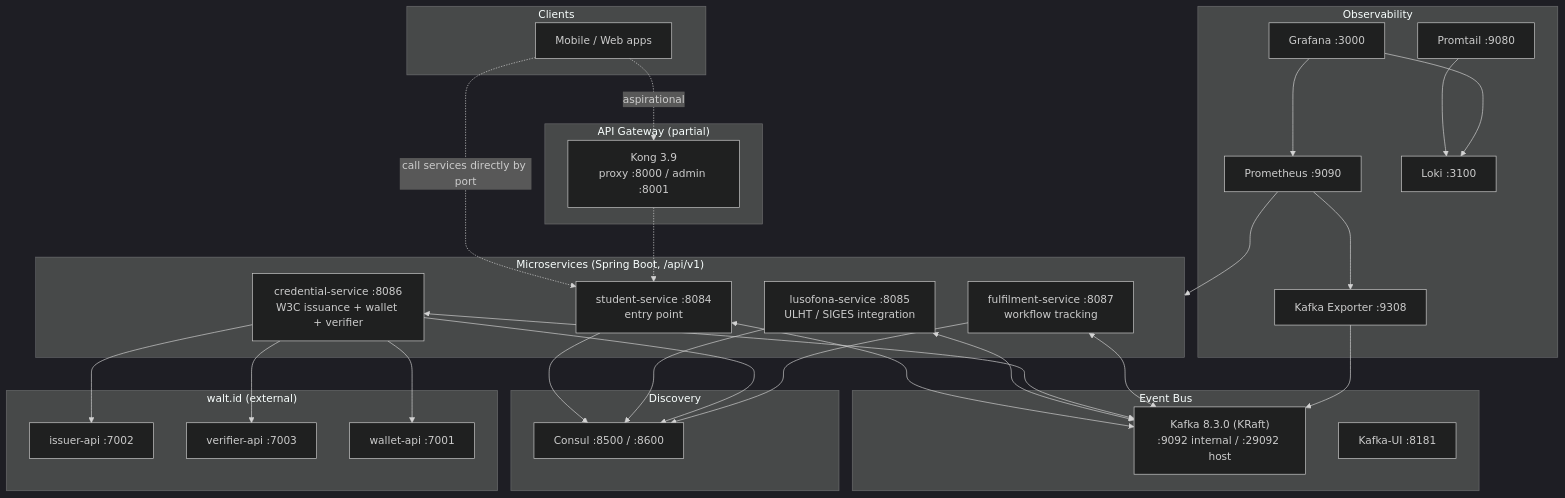
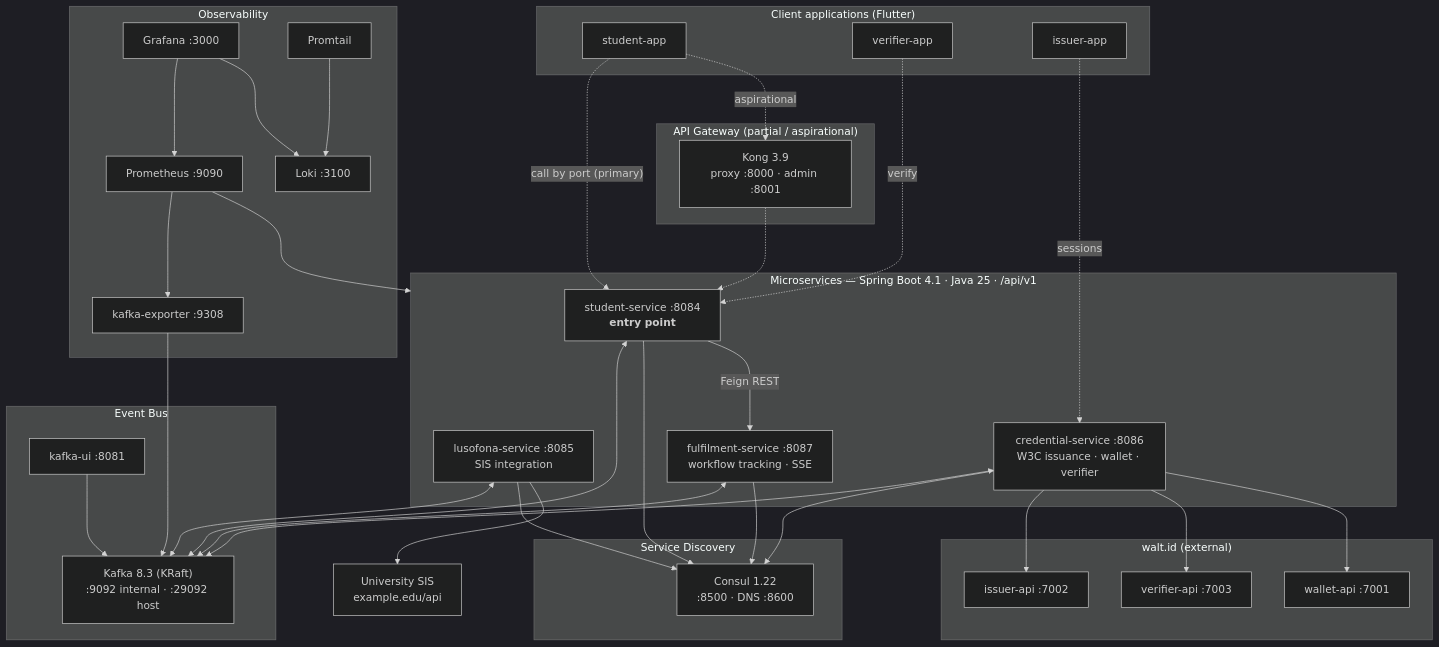
One commit to marcelogdomingues/ulht-dcs-public changed the second of 16 diagrams in docs/ARCHITECTURE.md. Above: the diagram before and after it, drawn with Mermaid (dark theme). The commit also changed other lines of this file and 9 other files, not shown here.

First line of the commit message:
docs: expand all guides with deep detail and Mermaid diagrams

````diff
--- a/docs/ARCHITECTURE.md
+++ b/docs/ARCHITECTURE.md
@@ -32,65 +53,75 @@
 ```mermaid
 graph TB
-    subgraph clients["Clients"]
-        mobile["Mobile / Web apps"]
+    subgraph clients["Client applications (Flutter)"]
+        smob["student-app"]
+        vmob["verifier-app"]
+        imob["issuer-app"]
     end
 
-    subgraph gateway["API Gateway (partial)"]
-        kong["Kong 3.9<br/>proxy :8000 / admin :8001"]
+    subgraph gateway["API Gateway (partial / aspirational)"]
+        kong["Kong 3.9<br/>proxy :8000 · admin :8001"]
     end
 
-    subgraph services["Microservices (Spring Boot, /api/v1)"]
-        student["student-service :8084<br/>entry point"]
-        lusofona["lusofona-service :8085<br/>ULHT / SIGES integration"]
-        credential["credential-service :8086<br/>W3C issuance + wallet + verifier"]
-        fulfilment["fulfilment-service :8087<br/>workflow tracking"]
+    subgraph services["Microservices — Spring Boot 4.1 · Java 25 · /api/v1"]
+        student["student-service :8084<br/><b>entry point</b>"]
+        lusofona["lusofona-service :8085<br/>SIS integration"]
+        credential["credential-service :8086<br/>W3C issuance · wallet · verifier"]
+        fulfilment["fulfilment-service :8087<br/>workflow tracking · SSE"]
     end
 
     subgraph bus["Event Bus"]
-        kafka["Kafka 8.3.0 (KRaft)<br/>:9092 internal / :29092 host"]
-        kafkaui["Kafka-UI :8181"]
+        kafka["Kafka 8.3 (KRaft)<br/>:9092 internal · :29092 host"]
+        kafkaui["kafka-ui :8081"]
     end
 
-    subgraph disc["Discovery"]
-        consul["Consul :8500 / :8600"]
+    subgraph disc["Service Discovery"]
+        consul["Consul 1.22<br/>:8500 · DNS :8600"]
     end
 
     subgraph waltid["walt.id (external)"]
         issuer["issuer-api :7002"]
         verifier["verifier-api :7003"]
         wallet["wallet-api :7001"]
     end
 
     subgraph obs["Observability"]
         prom["Prometheus :9090"]
         grafana["Grafana :3000"]
         loki["Loki :3100"]
-        promtail["Promtail :9080"]
-        kexp["Kafka Exporter :9308"]
+        promtail["Promtail"]
+        kexp["kafka-exporter :9308"]
     end
 
-    mobile -. "call services directly by port" .-> student
-    mobile -. "aspirational" .-> kong
+    sis["University SIS<br/>example.edu/api"]
+
+    smob -. "call by port (primary)" .-> student
+    vmob -. verify .-> student
+    imob -. sessions .-> credential
+    smob -. aspirational .-> kong
     kong -.-> student
 
     student <--> kafka
     lusofona <--> kafka
     credential <--> kafka
     fulfilment <--> kafka
 
     student --> consul
     lusofona --> consul
     credential --> consul
     fulfilment --> consul
 
+    lusofona --> sis
     credential --> issuer
     credential --> verifier
     credential --> wallet
+
+    student -->|Feign REST| fulfilment
 
     prom --> services
     kexp --> kafka
     prom --> kexp
     promtail --> loki
     grafana --> prom
     grafana --> loki
+    kafkaui --> kafka
 ```
````
